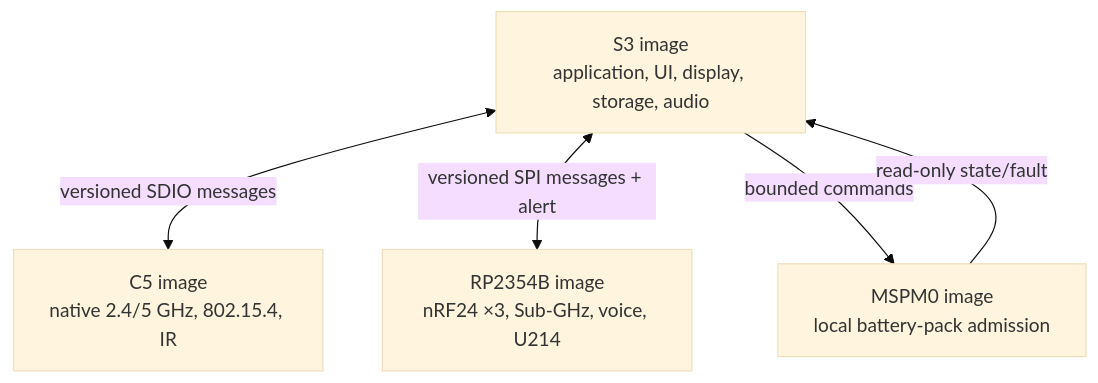
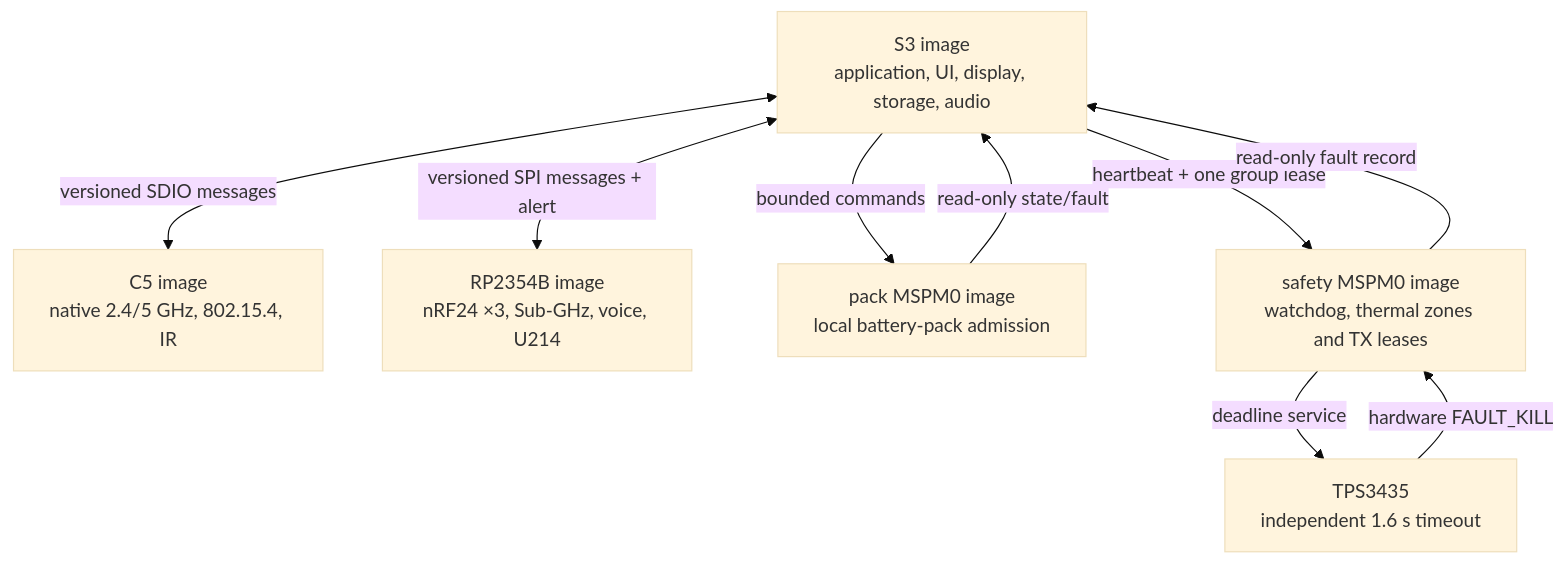
Before and after one commit to anton-vinogradov/esp32-leshy2-firmware: the diagram in README.md, drawn with Mermaid (base theme). The commit also changed other lines of this file and 4 other files, not shown here.

Commit message:
Document watchdog fault-only runtime

````diff
--- a/README.md
+++ b/README.md
@@ -40,11 +41,17 @@
 ```mermaid
 flowchart TB
   S3["S3 image<br/>application, UI, display, storage, audio"]
   C5["C5 image<br/>native 2.4/5 GHz, 802.15.4, IR"]
   RP["RP2354B image<br/>nRF24 ×3, Sub-GHz, voice, U214"]
-  MSP["MSPM0 image<br/>local battery-pack admission"]
+  PACK["pack MSPM0 image<br/>local battery-pack admission"]
+  SAFE["safety MSPM0 image<br/>watchdog, thermal zones and TX leases"]
+  WDG["TPS3435<br/>independent 1.6 s timeout"]
   S3 <-->|"versioned SDIO messages"| C5
   S3 <-->|"versioned SPI messages + alert"| RP
-  S3 -->|"bounded commands"| MSP
-  MSP -->|"read-only state/fault"| S3
+  S3 -->|"bounded commands"| PACK
+  PACK -->|"read-only state/fault"| S3
+  S3 -->|"heartbeat + one group lease"| SAFE
+  SAFE -->|"read-only fault record"| S3
+  SAFE -->|"deadline service"| WDG
+  WDG -->|"hardware FAULT_KILL"| SAFE
 ```
````
